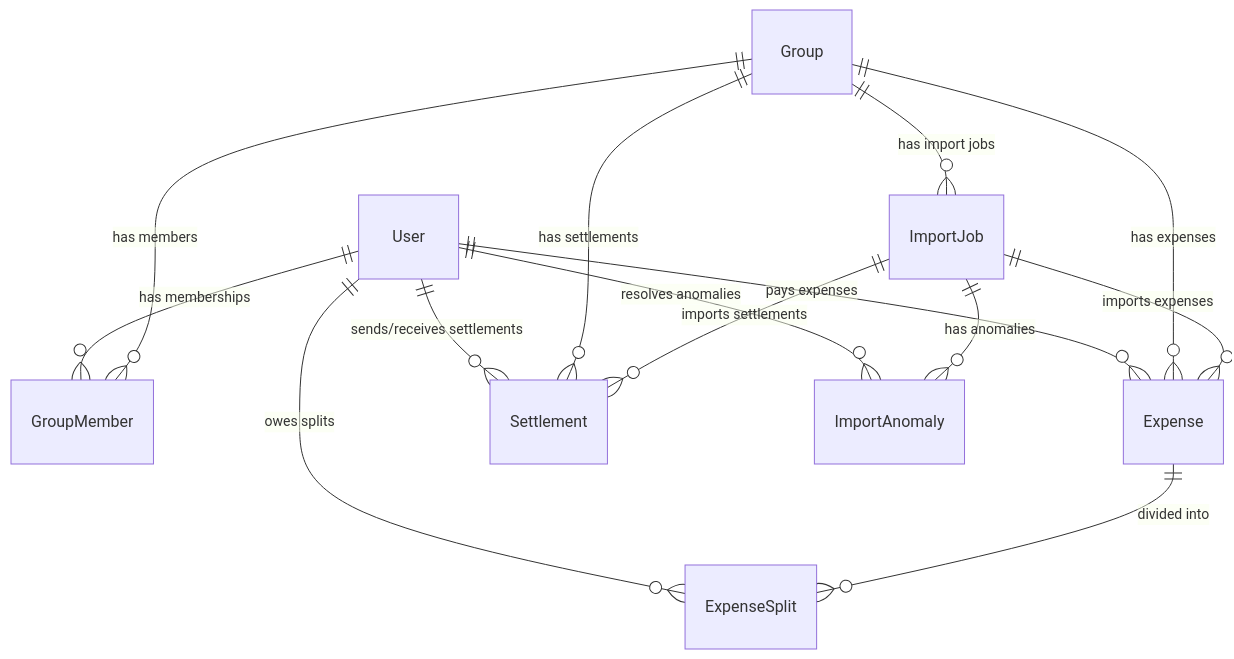
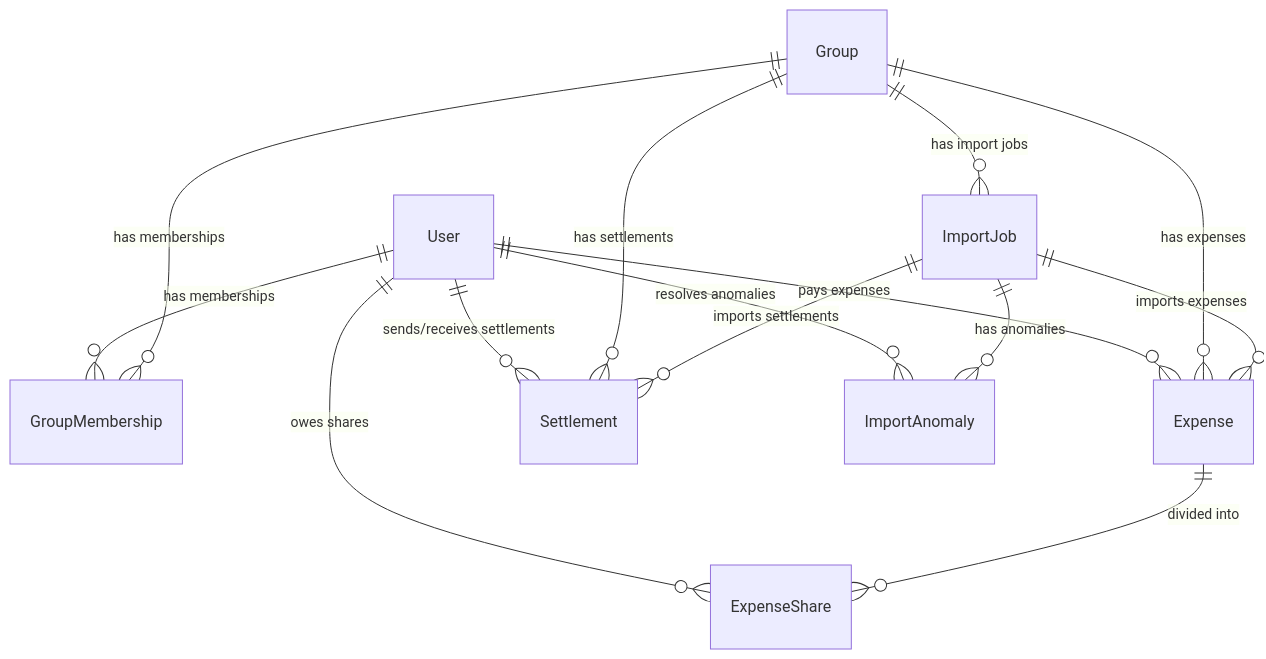
The diagram in SCOPE.md (Deepak-kumar-kashyap/Shared-Expenses-App-), drawn with Mermaid before and after one commit. The commit also changed other lines of this file and 1 other file, not shown here.

Commit message:
feat(prisma): rename models to GroupMembership and ExpenseShare

````diff
--- a/SCOPE.md
+++ b/SCOPE.md
@@ -38,19 +38,19 @@
 ```mermaid
 erDiagram
-    User ||--o{ GroupMember : "has memberships"
+    User ||--o{ GroupMembership : "has memberships"
     User ||--o{ Expense : "pays expenses"
-    User ||--o{ ExpenseSplit : "owes splits"
+    User ||--o{ ExpenseShare : "owes shares"
     User ||--o{ Settlement : "sends/receives settlements"
     User ||--o{ ImportAnomaly : "resolves anomalies"
     
-    Group ||--o{ GroupMember : "has members"
+    Group ||--o{ GroupMembership : "has memberships"
     Group ||--o{ Expense : "has expenses"
     Group ||--o{ Settlement : "has settlements"
     Group ||--o{ ImportJob : "has import jobs"
 
     ImportJob ||--o{ ImportAnomaly : "has anomalies"
     ImportJob ||--o{ Expense : "imports expenses"
     ImportJob ||--o{ Settlement : "imports settlements"
 
-    Expense ||--o{ ExpenseSplit : "divided into"
+    Expense ||--o{ ExpenseShare : "divided into"
 ```
````
